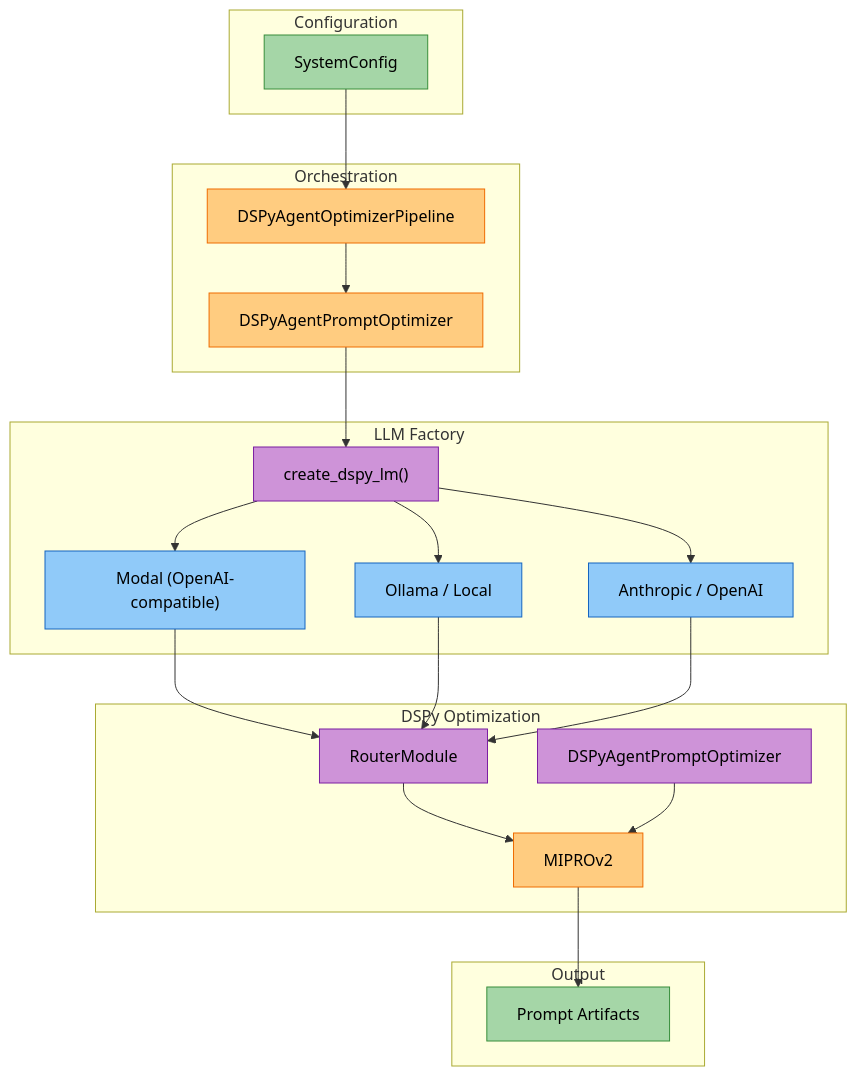
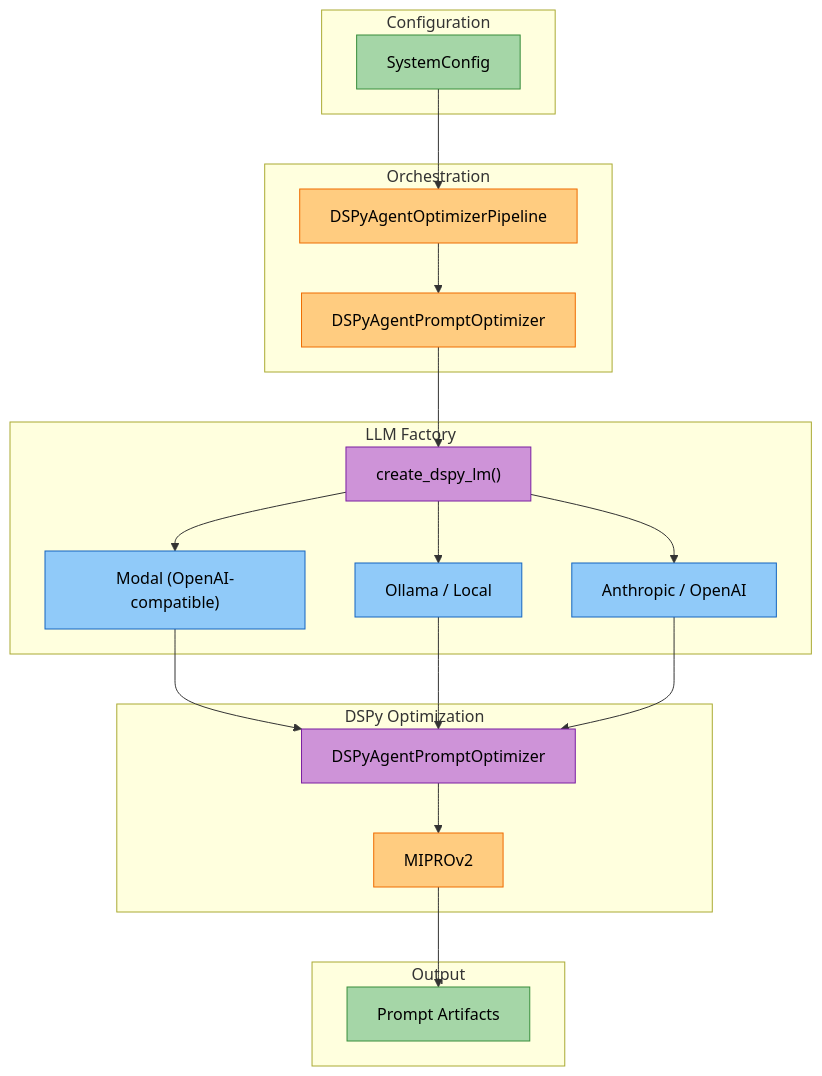
Before and after one commit to amit-jain/cogniverse: the fourth of 4 diagrams in docs/modules/optimization.md, drawn with Mermaid. The commit also changed other lines of this file and 9 other files, not shown here.

````diff
--- a/docs/modules/optimization.md
+++ b/docs/modules/optimization.md
@@ -1072,56 +1070,53 @@
 ```mermaid
 flowchart TB
     subgraph "Configuration"
         Config["<span style='color:#000'>SystemConfig</span>"]
     end
 
     subgraph "Orchestration"
         Orch["<span style='color:#000'>DSPyAgentOptimizerPipeline</span>"]
         Client["<span style='color:#000'>DSPyAgentPromptOptimizer</span>"]
     end
 
     subgraph "LLM Factory"
         Factory["<span style='color:#000'>create_dspy_lm()</span>"]
         Modal["<span style='color:#000'>Modal (OpenAI-compatible)</span>"]
         Local["<span style='color:#000'>Ollama / Local</span>"]
         API["<span style='color:#000'>Anthropic / OpenAI</span>"]
     end
 
     subgraph "DSPy Optimization"
-        Router["<span style='color:#000'>RouterModule</span>"]
         AgentOpt["<span style='color:#000'>DSPyAgentPromptOptimizer</span>"]
         MIPRO["<span style='color:#000'>MIPROv2</span>"]
     end
 
     subgraph "Output"
         Artifacts["<span style='color:#000'>Prompt Artifacts</span>"]
     end
 
     Config --> Orch
     Orch --> Client
     Client --> Factory
 
     Factory --> Modal
     Factory --> Local
     Factory --> API
 
-    Modal --> Router
-    Local --> Router
-    API --> Router
+    Modal --> AgentOpt
+    Local --> AgentOpt
+    API --> AgentOpt
 
-    Router --> MIPRO
     AgentOpt --> MIPRO
     MIPRO --> Artifacts
 
     style Config fill:#a5d6a7,stroke:#388e3c,color:#000
     style Orch fill:#ffcc80,stroke:#ef6c00,color:#000
     style Client fill:#ffcc80,stroke:#ef6c00,color:#000
     style Factory fill:#ce93d8,stroke:#7b1fa2,color:#000
     style Modal fill:#90caf9,stroke:#1565c0,color:#000
     style Local fill:#90caf9,stroke:#1565c0,color:#000
     style API fill:#90caf9,stroke:#1565c0,color:#000
-    style Router fill:#ce93d8,stroke:#7b1fa2,color:#000
     style AgentOpt fill:#ce93d8,stroke:#7b1fa2,color:#000
     style MIPRO fill:#ffcc80,stroke:#ef6c00,color:#000
     style Artifacts fill:#a5d6a7,stroke:#388e3c,color:#000
 ```
````
